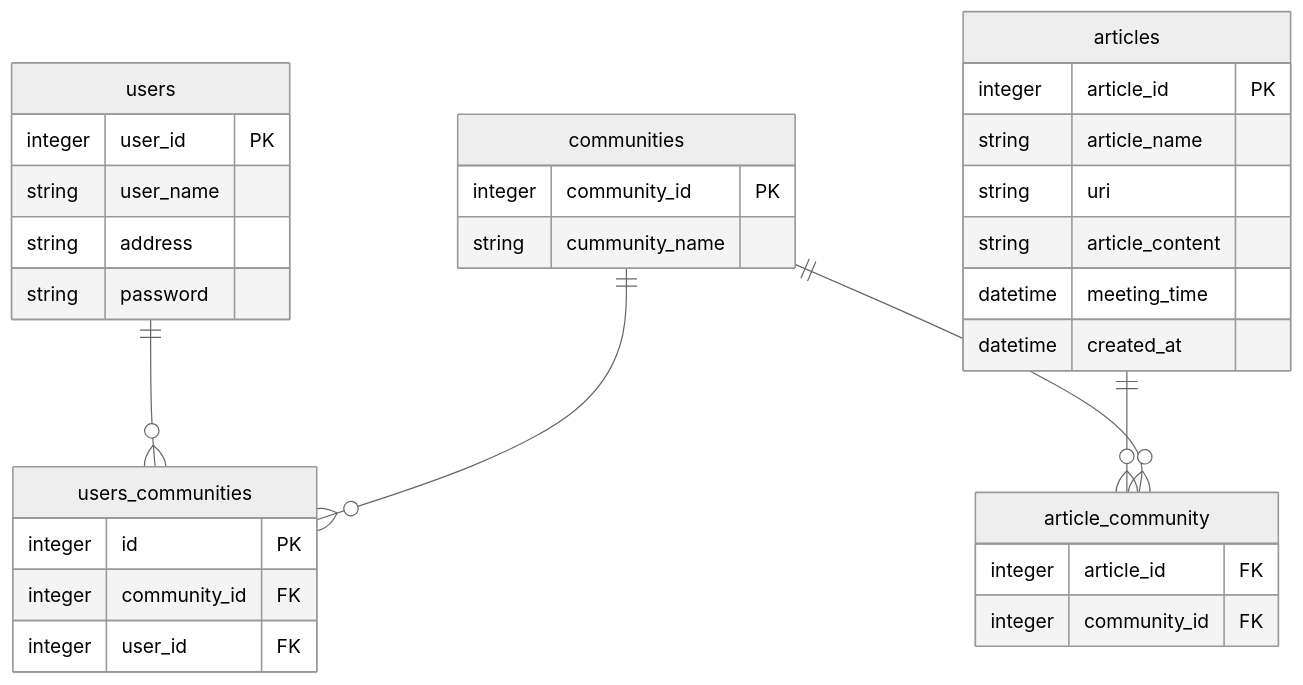
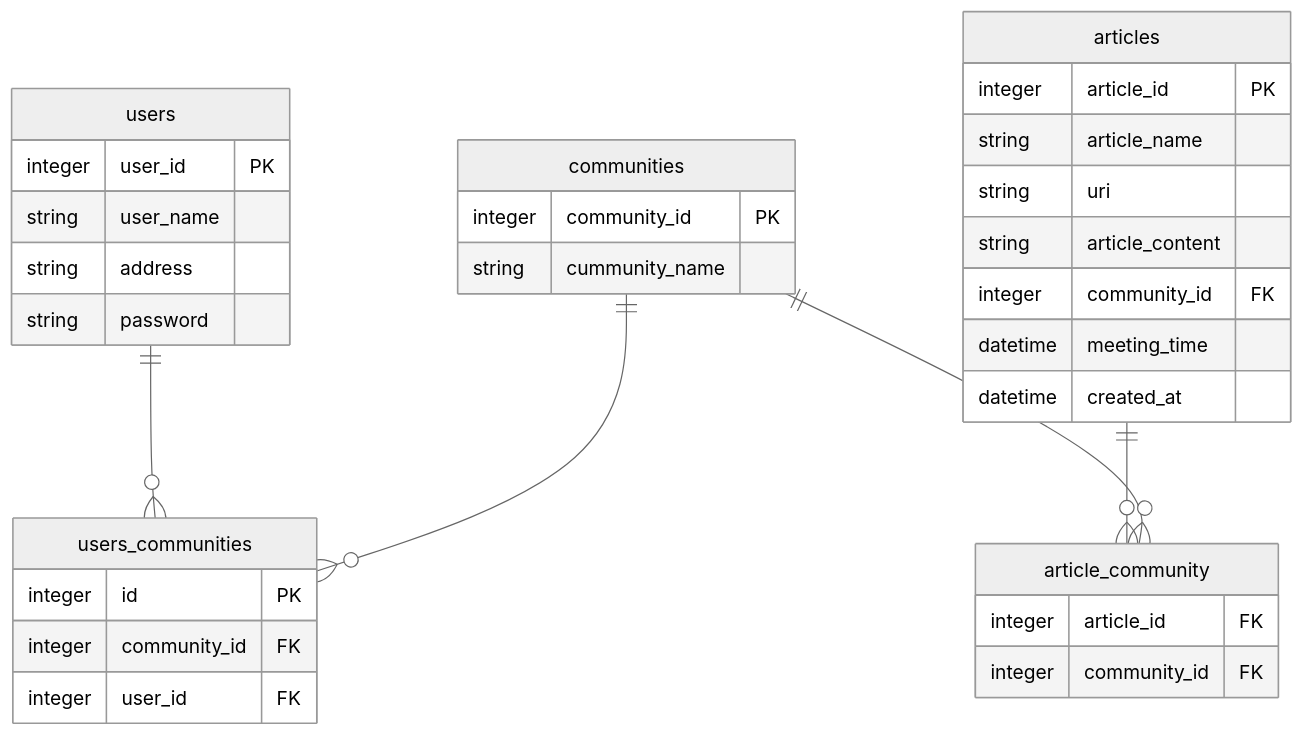
Before and after one commit to jphacks/F_2204: the diagram in README.md, drawn with Mermaid (neutral theme). The commit also changed other lines of this file, not shown here.

````diff
--- a/README.md
+++ b/README.md
@@ -73,44 +79,44 @@
 ```mermaid
 erDiagram
 
 users {
     integer user_id PK
     string user_name
     string address
     string password
 }
 
 users_communities {
     integer id PK
     integer community_id FK
     integer user_id FK
 }
 
 communities {
     integer community_id PK
     string cummunity_name
 } 
 
 articles {
     integer article_id  PK
     string article_name 
     string uri
     string article_content
-  
+    integer community_id FK
     datetime meeting_time
     datetime created_at
 }
 article_community {
     integer article_id FK
     integer community_id FK
 }
 
 articles ||--o{article_community:""
 communities ||--o{article_community:""
 
 users ||--o{users_communities:""
 communities ||--o{users_communities:""
 
 
 
 ```
````
